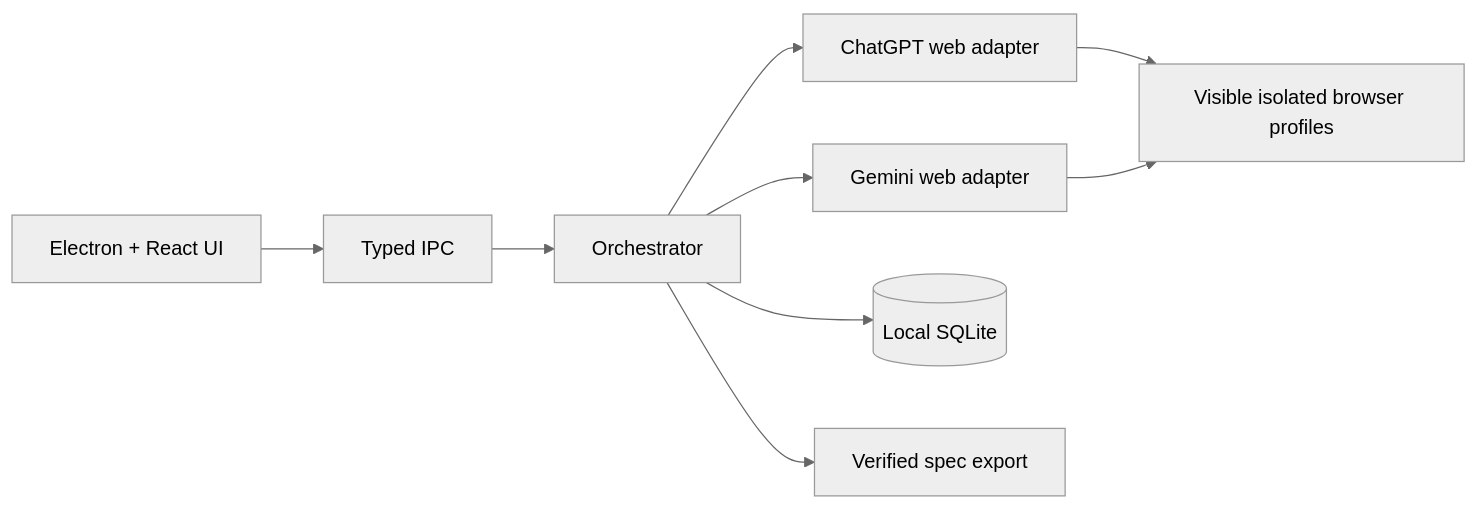
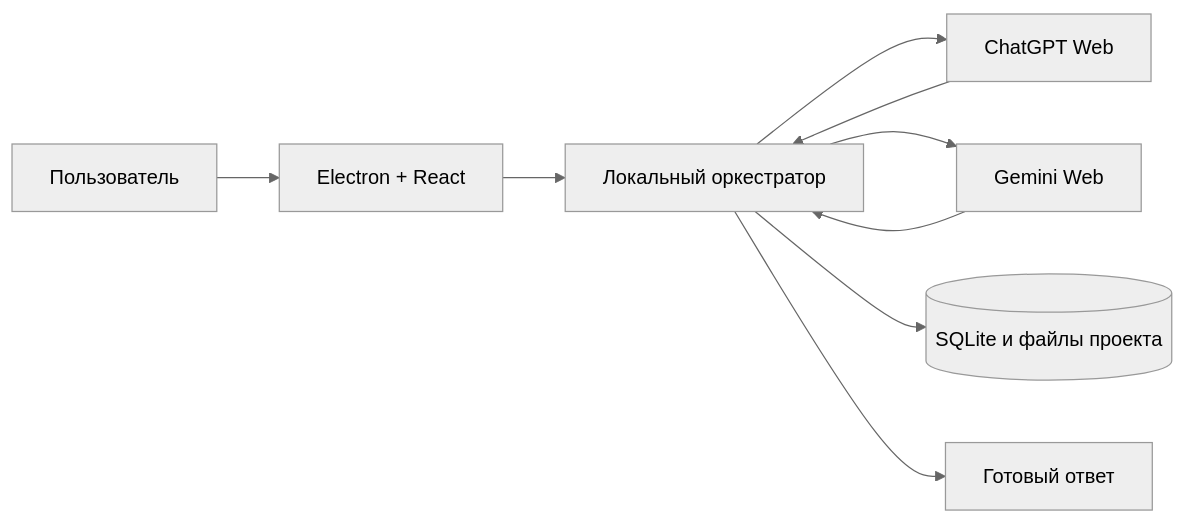
Before and after one commit to Nturalintelligence/G-plus-G: the diagram in README.md, drawn with Mermaid (neutral theme). The commit also changed other lines of this file and 10 other files, not shown here.

````diff
--- a/README.md
+++ b/README.md
@@ -31,11 +49,11 @@
 ```mermaid
 flowchart LR
-    UI[Electron + React UI] --> IPC[Typed IPC]
-    IPC --> ORCH[Orchestrator]
-    ORCH --> C[ChatGPT web adapter]
-    ORCH --> G[Gemini web adapter]
-    ORCH --> DB[(Local SQLite)]
-    C --> B[Visible isolated browser profiles]
-    G --> B
-    ORCH --> EXP[Verified spec export]
+    U["Пользователь"] --> UI["Electron + React"]
+    UI --> O["Локальный оркестратор"]
+    O --> C["ChatGPT Web"]
+    O --> G["Gemini Web"]
+    O --> DB[("SQLite и файлы проекта")]
+    C --> O
+    G --> O
+    O --> R["Готовый ответ"]
 ```
````
